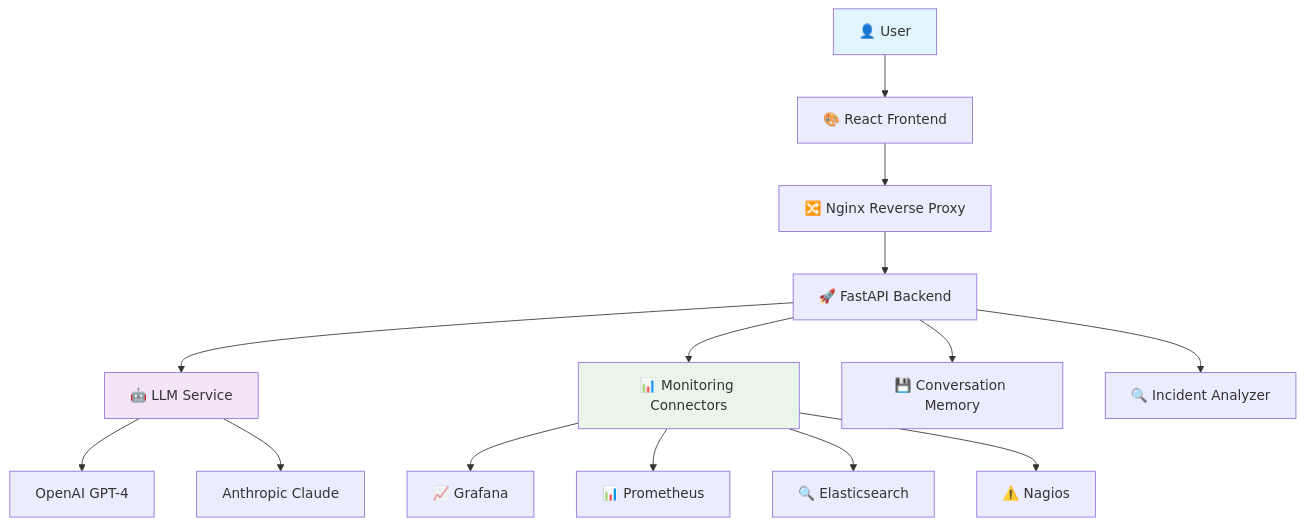
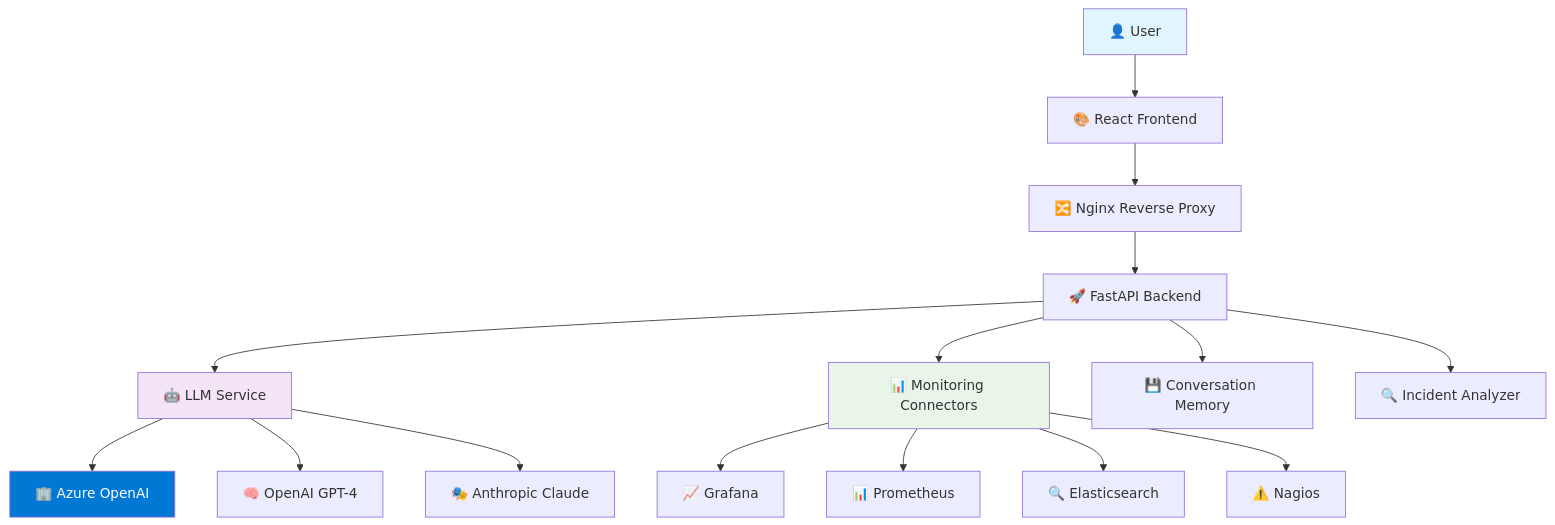
One commit to WatkinsGreen/chatter changed the first of 9 diagrams in docs/architecture-diagrams.md. Above: the diagram before and after it, drawn with Mermaid. The commit also changed other lines of this file and 3 other files, not shown here.

First line of the commit message:
Update architecture diagrams to reflect Azure OpenAI integration

````diff
--- a/docs/architecture-diagrams.md
+++ b/docs/architecture-diagrams.md
@@ -5,23 +5,25 @@
 ```mermaid
 graph TB
     User[👤 User] --> UI[🎨 React Frontend]
     UI --> Nginx[🔀 Nginx Reverse Proxy]
     Nginx --> API[🚀 FastAPI Backend]
     
     API --> LLM[🤖 LLM Service]
-    LLM --> OpenAI[OpenAI GPT-4]
-    LLM --> Anthropic[Anthropic Claude]
+    LLM --> AzureAI[🏢 Azure OpenAI]
+    LLM --> OpenAI[🧠 OpenAI GPT-4]
+    LLM --> Anthropic[🎭 Anthropic Claude]
     
     API --> Monitor[📊 Monitoring Connectors]
     Monitor --> Grafana[📈 Grafana]
     Monitor --> Prometheus[📊 Prometheus] 
     Monitor --> Elastic[🔍 Elasticsearch]
     Monitor --> Nagios[⚠️ Nagios]
     
     API --> Memory[💾 Conversation Memory]
     API --> Analyzer[🔍 Incident Analyzer]
     
     style User fill:#e1f5fe
     style LLM fill:#f3e5f5
+    style AzureAI fill:#0078d4,color:#fff
     style Monitor fill:#e8f5e8
 ```
````
